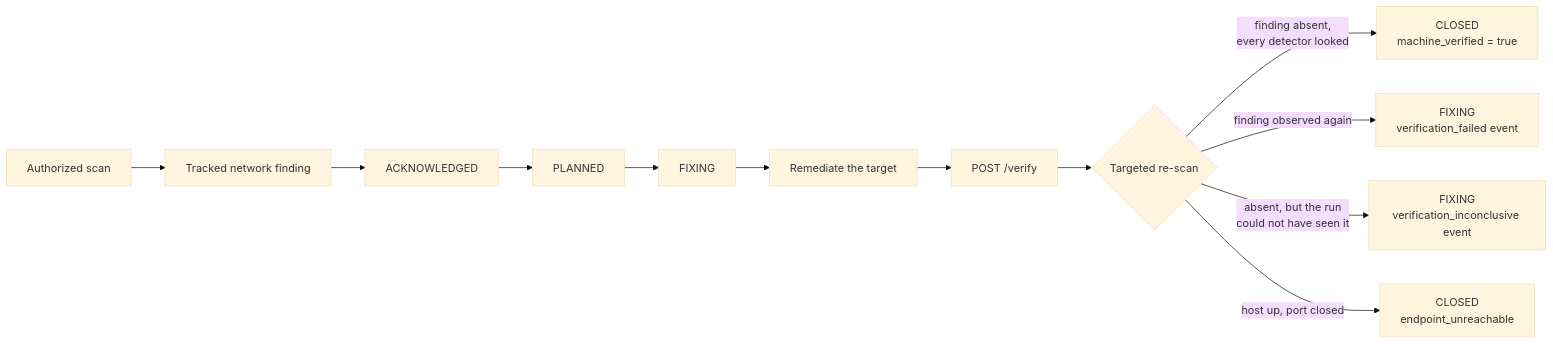
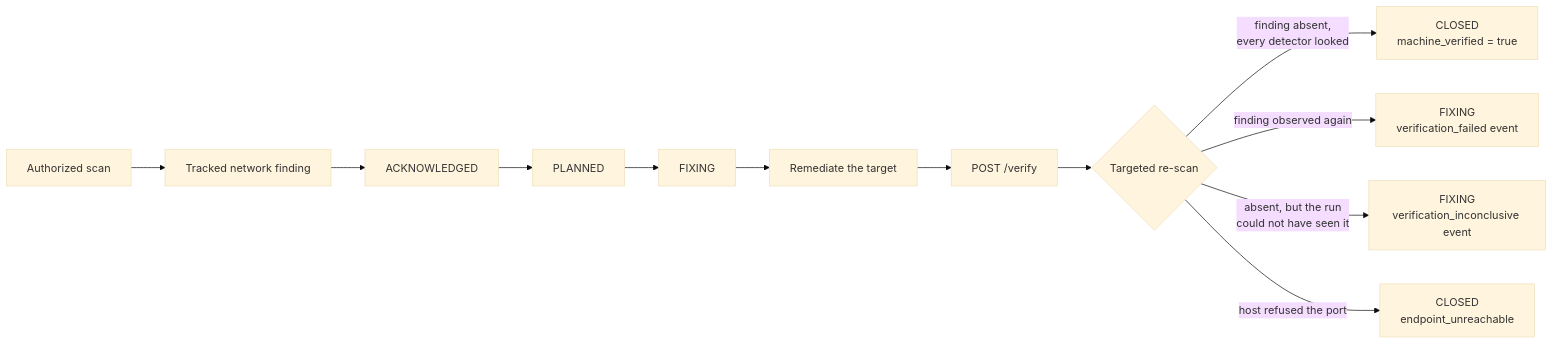
One commit to onixus/Shapoclyack changed the diagram in docs/demo-remediation-loop.md. Above: the diagram before and after it, drawn with Mermaid (base theme). The commit also changed other lines of this file and 6 other files, not shown here.

First line of the commit message:
docs: endpoint_unreachable rests on a refusal, from the same vantage

````diff
--- a/docs/demo-remediation-loop.md
+++ b/docs/demo-remediation-loop.md
@@ -18,14 +18,14 @@
 ```mermaid
 flowchart LR
     A[Authorized scan] --> B[Tracked network finding]
     B --> C[ACKNOWLEDGED]
     C --> D[PLANNED]
     D --> E[FIXING]
     E --> F[Remediate the target]
     F --> G[POST /verify]
     G --> H{Targeted re-scan}
     H -->|finding absent,<br/>every detector looked| I[CLOSED<br/>machine_verified = true]
     H -->|finding observed again| J[FIXING<br/>verification_failed event]
     H -->|absent, but the run<br/>could not have seen it| K[FIXING<br/>verification_inconclusive event]
-    H -->|host up, port closed| L[CLOSED<br/>endpoint_unreachable]
+    H -->|host refused the port| L[CLOSED<br/>endpoint_unreachable]
 ```
````
